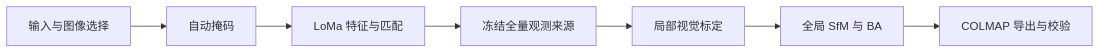
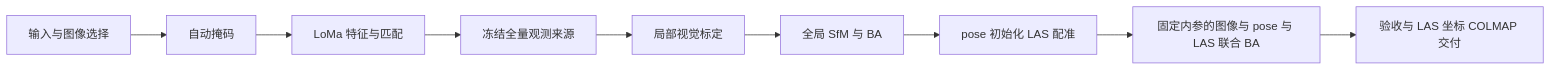
One commit to Niloux/GeosunPre changed the diagram in README.md. Above: the diagram before and after it, drawn with Mermaid. The commit also changed other lines of this file and 49 other files, not shown here.

First line of the commit message:
Integrate guarded pose and LAS registration into the default pipeline

````diff
--- a/README.md
+++ b/README.md
@@ -5,9 +5,11 @@
 ```mermaid
 flowchart LR
     A[输入与图像选择] --> B[自动掩码]
     B --> C[LoMa 特征与匹配]
     C --> D[冻结全量观测来源]
     D --> E[局部视觉标定]
     E --> F[全局 SfM 与 BA]
-    F --> G[COLMAP 导出与校验]
+    F --> G[pose 初始化 LAS 配准]
+    G --> H[固定内参的图像与 pose 与 LAS 联合 BA]
+    H --> I[验收与 LAS 坐标 COLMAP 交付]
 ```
````
